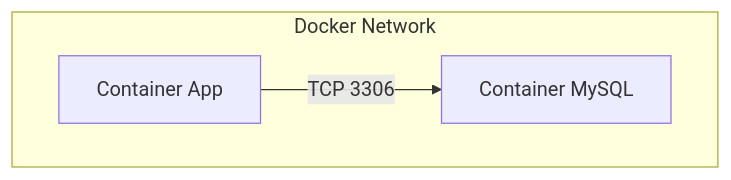
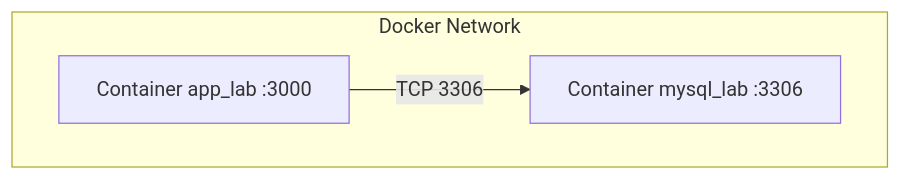
Before and after one commit to Joao-Eduardo-Hiku/Projeto-Desenvolvimento-Web: the second of 5 diagrams in README.md, drawn with Mermaid. The commit also changed other lines of this file, not shown here.

````diff
--- a/README.md
+++ b/README.md
@@ -41,9 +46,9 @@
-```mermaid id="arch02"
+```mermaid
 flowchart TD
     subgraph Docker Network
-        App[Container App]
-        MySQL[Container MySQL]
+        App[Container app_lab :3000]
+        MySQL[Container mysql_lab :3306]
     end
 
     App -->|TCP 3306| MySQL
 ```
````
